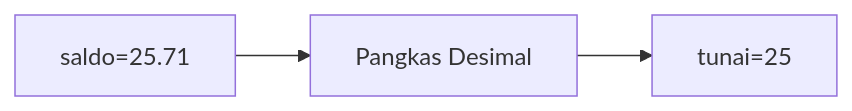
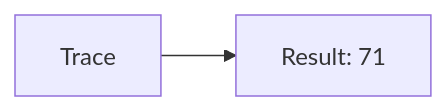
The seventh of 25 diagrams in part-c-pemahaman-cpp/01-tipe-data/latihan/set-11.md (amnahwaida/OSNK_INF_PREP), drawn with Mermaid before and after one commit. The commit also changed other lines of this file and 71 other files, not shown here.

````diff
--- a/part-c-pemahaman-cpp/01-tipe-data/latihan/set-11.md
+++ b/part-c-pemahaman-cpp/01-tipe-data/latihan/set-11.md
@@ -307,5 +148,4 @@
 ```mermaid
 graph LR
-A["saldo=25.71"] --> B["Pangkas Desimal"]
-B --> C["tunai=25"]
+A[Trace] --> B[Result: 71]
 ```
````
